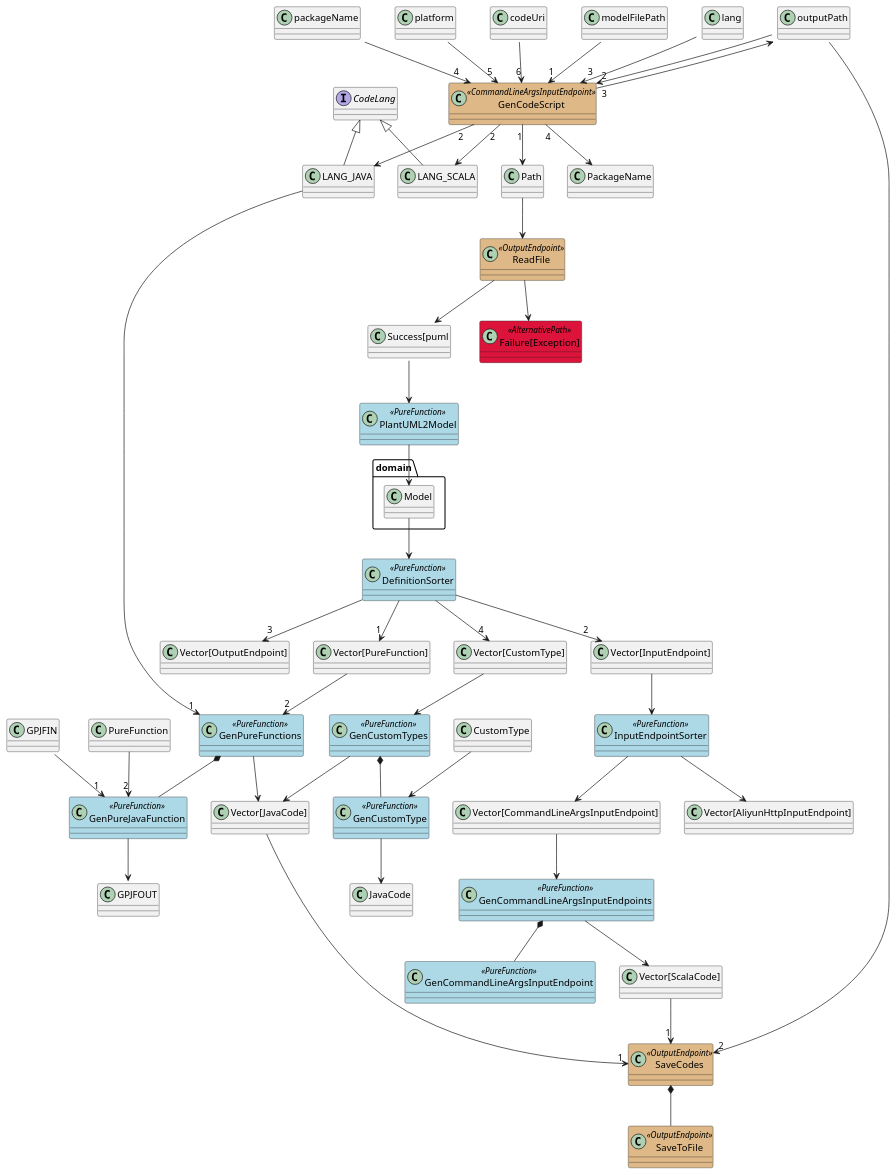
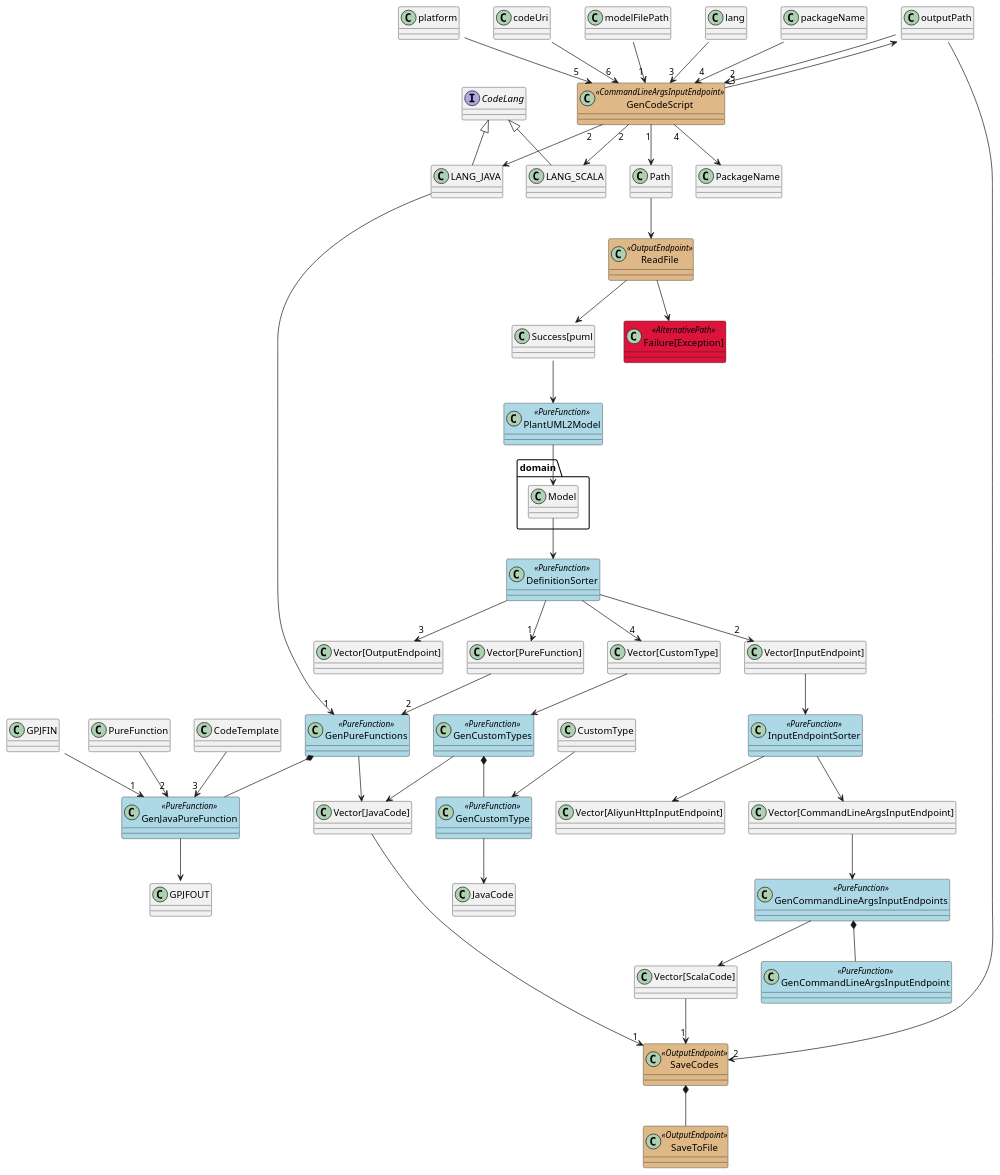
One commit to notyy/TypeFlow changed the diagram in typeflow/tooling/GenCode.puml. Above: the diagram before and after it, drawn with PlantUML.

```diff
--- a/typeflow/tooling/GenCode.puml
+++ b/typeflow/tooling/GenCode.puml
@@ -1,72 +1,73 @@
 @startuml
 skinparam class {
 	BackgroundColor<<CommandLineInputEndpoint>> BurlyWood
 	BackgroundColor<<CommandLineArgsInputEndpoint>> BurlyWood
 	BackgroundColor<<AliyunHttpInputEndpoint>> BurlyWood
 	BackgroundColor<<OutputEndpoint>> BurlyWood
 	BackgroundColor<<PureFunction>> LightBlue
 	BackgroundColor<<AlternativePath>> Crimson
 }
 
 class GenCodeScript <<CommandLineArgsInputEndpoint>>
 class ReadFile <<OutputEndpoint>>
 class PlantUML2Model <<PureFunction>>
 class GenPureFunctions <<PureFunction>>
-class GenPureJavaFunction <<PureFunction>>
+class GenJavaPureFunction <<PureFunction>>
 class GenCommandLineArgsInputEndpoints <<PureFunction>>
 class GenCommandLineArgsInputEndpoint <<PureFunction>>
 class GenCustomTypes <<PureFunction>>
 class GenCustomType <<PureFunction>>
 class DefinitionSorter <<PureFunction>>
 class InputEndpointSorter <<PureFunction>>
 class SaveCodes <<OutputEndpoint>>
 class SaveToFile <<OutputEndpoint>>
 class "Failure[Exception]" <<AlternativePath>>
 interface CodeLang
 CodeLang <|-- LANG_JAVA
 CodeLang <|-- LANG_SCALA
 
 modelFilePath::String --> "1" GenCodeScript
 outputPath::String --> "2" GenCodeScript
 lang::String --> "3" GenCodeScript
 packageName::String --> "4" GenCodeScript
 platform::String --> "5" GenCodeScript
 codeUri::String --> "6" GenCodeScript
 GenCodeScript "1" --> Path
 GenCodeScript "2" --> LANG_JAVA
 GenCodeScript "2" --> LANG_SCALA
 GenCodeScript "3" --> outputPath::Path
 GenCodeScript "4" --> PackageName
 LANG_JAVA -> "1" GenPureFunctions
 Path --> ReadFile
 ReadFile --> "Success[puml::String]"
 ReadFile --> "Failure[Exception]"
 "Success[puml::String]" --> PlantUML2Model
 PlantUML2Model --> domain.Model
 domain.Model --> DefinitionSorter
 DefinitionSorter --> "1" "Vector[PureFunction]"
 DefinitionSorter --> "2" "Vector[InputEndpoint]"
 DefinitionSorter --> "3" "Vector[OutputEndpoint]"
 DefinitionSorter --> "4" "Vector[CustomType]"
 "Vector[InputEndpoint]" --> InputEndpointSorter
 InputEndpointSorter --> "Vector[CommandLineArgsInputEndpoint]"
 InputEndpointSorter --> "Vector[AliyunHttpInputEndpoint]"
 "Vector[PureFunction]" --> "2" GenPureFunctions
 "Vector[CustomType]" --> GenCustomTypes
 GenCustomTypes --> "Vector[JavaCode]"
 GenCustomTypes *-- GenCustomType
 CustomType --> GenCustomType
 GenCustomType --> JavaCode
 GenPureFunctions --> "Vector[JavaCode]"
-GenPureFunctions *-- GenPureJavaFunction
-GPJFIN::PackageName --> "1" GenPureJavaFunction
-PureFunction --> "2" GenPureJavaFunction
-GenPureJavaFunction --> GPJFOUT::JavaCode
+GenPureFunctions *-- GenJavaPureFunction
+GPJFIN::PackageName --> "1" GenJavaPureFunction
+PureFunction --> "2" GenJavaPureFunction
+CodeTemplate --> "3" GenJavaPureFunction
+GenJavaPureFunction --> GPJFOUT::JavaCode
 "Vector[CommandLineArgsInputEndpoint]" --> GenCommandLineArgsInputEndpoints
 GenCommandLineArgsInputEndpoints --> "Vector[ScalaCode]"
 GenCommandLineArgsInputEndpoints *-- GenCommandLineArgsInputEndpoint
 "Vector[ScalaCode]" --> "1" SaveCodes
 "Vector[JavaCode]" --> "1" SaveCodes
 outputPath::Path --> "2" SaveCodes
 SaveCodes *-- SaveToFile
 @enduml
```
